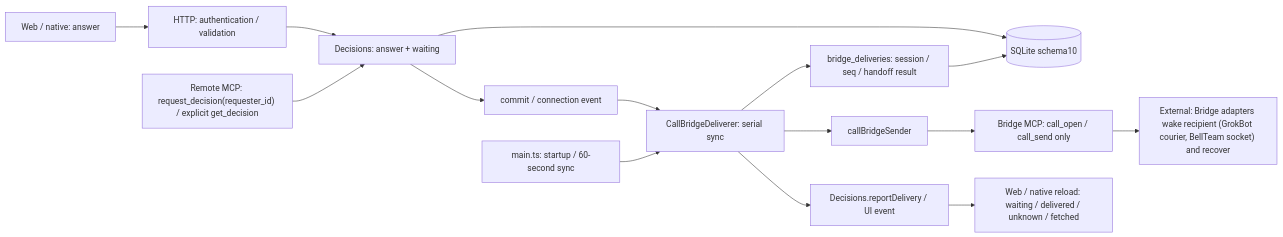
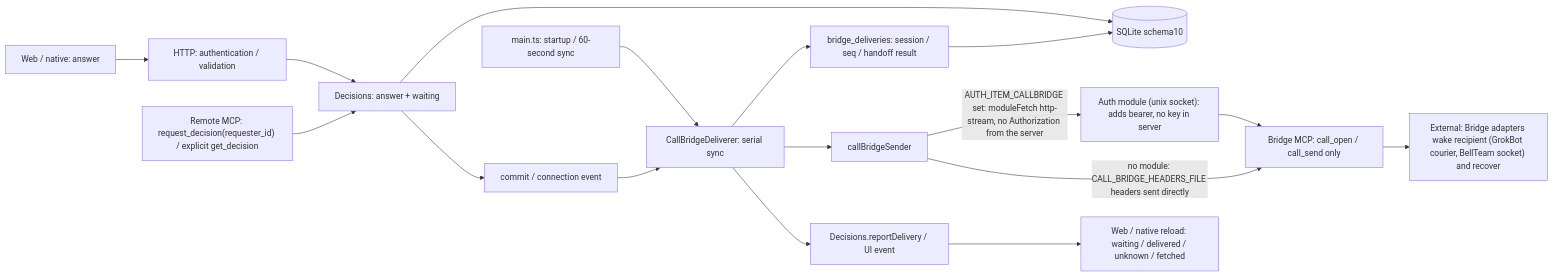
Before and after one commit to kitepon/approval-box: the diagram in docs/architecture/grok-delivery/overview.mmd, drawn with Mermaid. The commit also changed 8 other files, not shown here.

First line of the commit message:
server: call-bridge through the auth module http-stream (s01c)

```diff
--- a/docs/architecture/grok-delivery/overview.mmd
+++ b/docs/architecture/grok-delivery/overview.mmd
@@ -1,15 +1,17 @@
 flowchart LR
  Owner["Web / native: answer"] --> HTTP["HTTP: authentication / validation"]
  HTTP --> Decisions["Decisions: answer + waiting"]
  Decisions --> DB[("SQLite schema10")]
  Decisions --> Events["commit / connection event"]
  Events --> Worker["CallBridgeDeliverer: serial sync"]
  Timer["main.ts: startup / 60-second sync"] --> Worker
  Worker --> Journal["bridge_deliveries: session / seq / handoff result"]
  Journal --> DB
  Worker --> Sender["callBridgeSender"]
- Sender --> Bridge["Bridge MCP: call_open / call_send only"]
+ Sender -->|AUTH_ITEM_CALLBRIDGE set: moduleFetch http-stream, no Authorization from the server| Module["Auth module (unix socket): adds bearer, no key in server"]
+ Module --> Bridge["Bridge MCP: call_open / call_send only"]
+ Sender -->|no module: CALL_BRIDGE_HEADERS_FILE headers sent directly| Bridge
  Bridge --> Recipient["External: Bridge adapters wake recipient (GrokBot courier, BellTeam socket) and recover"]
  Worker --> Result["Decisions.reportDelivery / UI event"]
  Result --> UI["Web / native reload: waiting / delivered / unknown / fetched"]
  Remote["Remote MCP: request_decision(requester_id) / explicit get_decision"] --> Decisions
```
